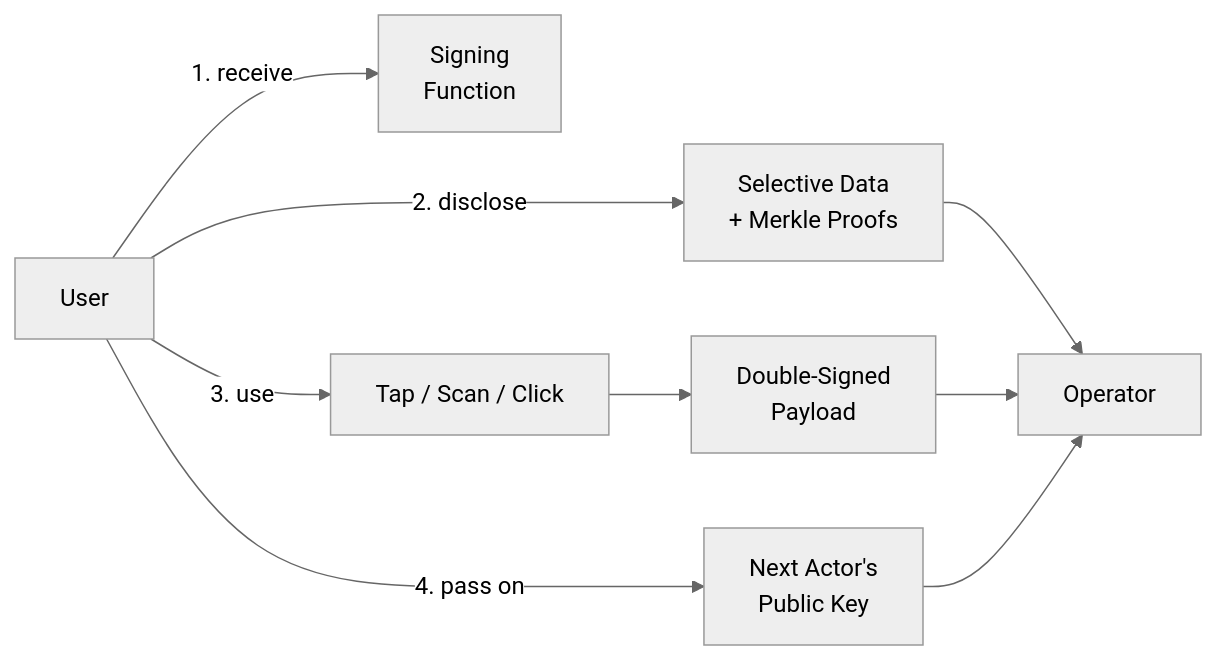
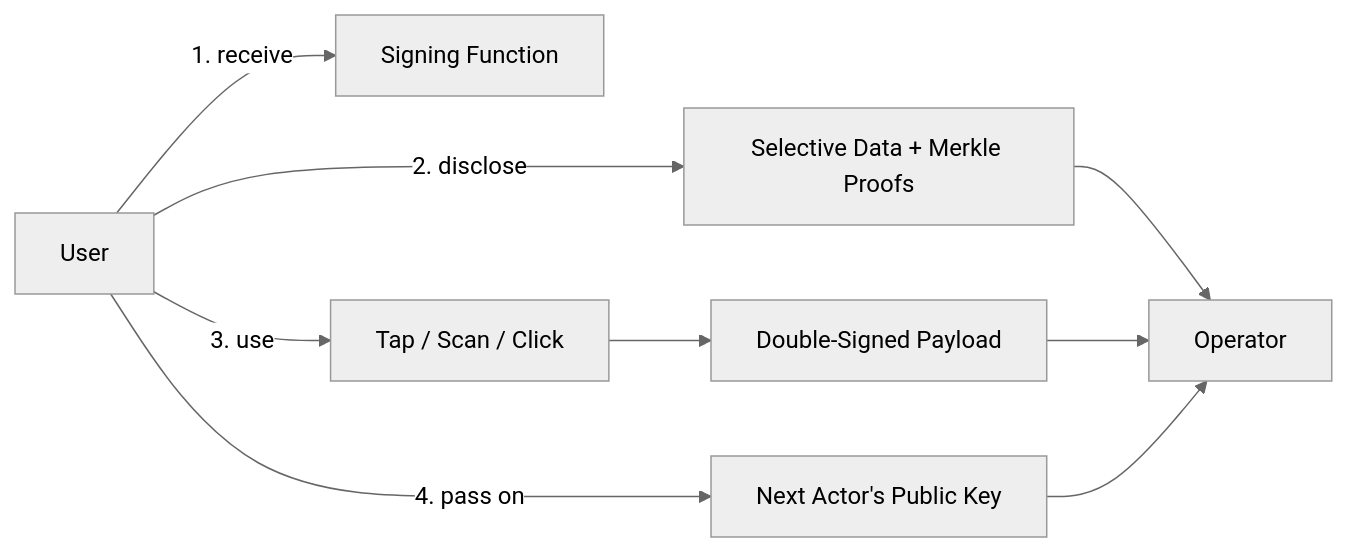
Before and after one commit to lambdasistemi/cardano-for-regulators: the tenth of 19 diagrams in docs/framework/schema.md, drawn with Mermaid (neutral theme). The commit also changed other lines of this file and 1 other file, not shown here.

First line of the commit message:
fix: replace HTML tags in mermaid node labels with plain text

````diff
--- a/docs/framework/schema.md
+++ b/docs/framework/schema.md
@@ -385,11 +385,11 @@
 ```mermaid
 graph LR
-    U[User] -->|1. receive| SF[Signing<br/>Function]
-    U -->|2. disclose| DATA[Selective Data<br/>+ Merkle Proofs]
+    U[User] -->|1. receive| SF[Signing Function]
+    U -->|2. disclose| DATA["Selective Data + Merkle Proofs"]
     U -->|3. use| ACT[Tap / Scan / Click]
-    ACT --> DS[Double-Signed<br/>Payload]
-    U -->|4. pass on| NEXT[Next Actor's<br/>Public Key]
+    ACT --> DS[Double-Signed Payload]
+    U -->|4. pass on| NEXT["Next Actor's Public Key"]
     DATA --> OP[Operator]
     DS --> OP
     NEXT --> OP
 ```
````
